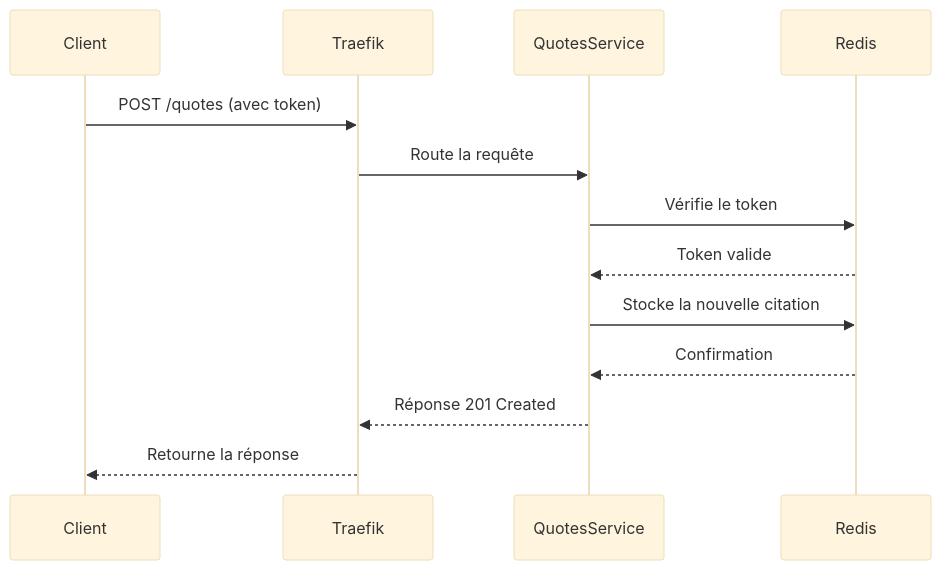
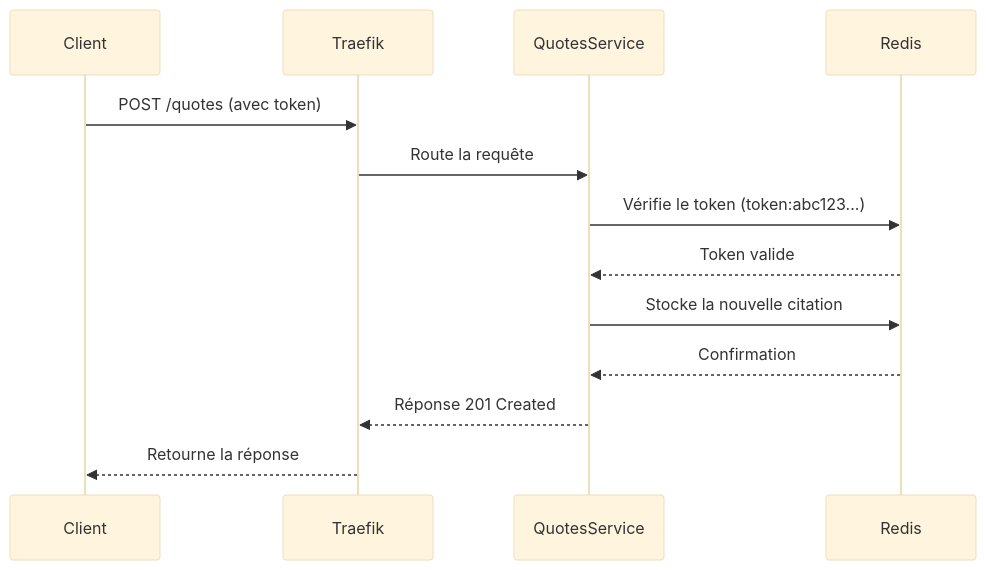
One commit to olivinfo/sae503-kc-md changed the third of 4 diagrams in documentation/DAT/03_Architecture_Globale.md. Above: the diagram before and after it, drawn with Mermaid (base theme). The commit also changed other lines of this file and 2 other files, not shown here.

````diff
--- a/documentation/DAT/03_Architecture_Globale.md
+++ b/documentation/DAT/03_Architecture_Globale.md
@@ -160,16 +203,16 @@
 ```mermaid
 sequenceDiagram
     participant Client
     participant Traefik
     participant QuotesService
     participant Redis
     
     Client->>Traefik: POST /quotes (avec token)
     Traefik->>QuotesService: Route la requête
-    QuotesService->>Redis: Vérifie le token
+    QuotesService->>Redis: Vérifie le token (token:abc123...)
     Redis-->>QuotesService: Token valide
     QuotesService->>Redis: Stocke la nouvelle citation
     Redis-->>QuotesService: Confirmation
     QuotesService-->>Traefik: Réponse 201 Created
     Traefik-->>Client: Retourne la réponse
 ```
````
